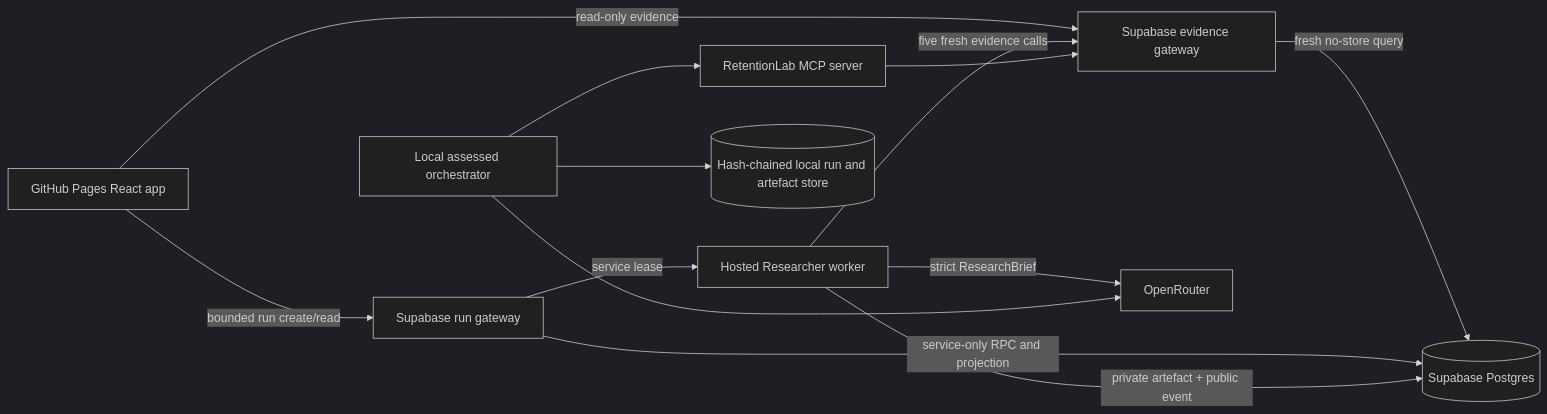
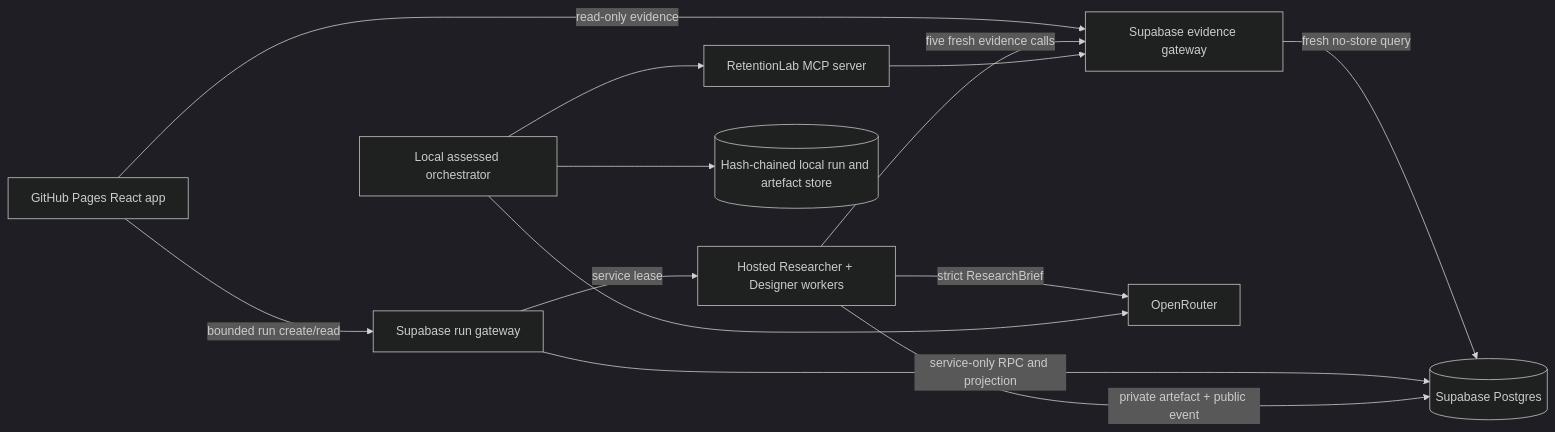
The diagram in docs/architecture.md (Dnyanesh1999/retentionlab-agentic-organisation), drawn with Mermaid (dark theme) before and after one commit. The commit also changed other lines of this file and 10 other files, not shown here.

Commit message:
feat: host designer worker (#6)

````diff
--- a/docs/architecture.md
+++ b/docs/architecture.md
@@ -12,15 +12,15 @@
 ```mermaid
 flowchart LR
     A[GitHub Pages React app] -->|read-only evidence| H[Supabase evidence gateway]
     A -->|bounded run create/read| R[Supabase run gateway]
     H -->|fresh no-store query| F[(Supabase Postgres)]
     R -->|service-only RPC and projection| F
-    R -->|service lease| W[Hosted Researcher worker]
+    R -->|service lease| W[Hosted Researcher + Designer workers]
     W -->|five fresh evidence calls| H
     W -->|strict ResearchBrief| D[OpenRouter]
     W -->|private artefact + public event| F
     C[Local assessed orchestrator] --> D
     C --> E[RetentionLab MCP server]
     E --> H
     C --> G[(Hash-chained local run and artefact store)]
 ```
````
